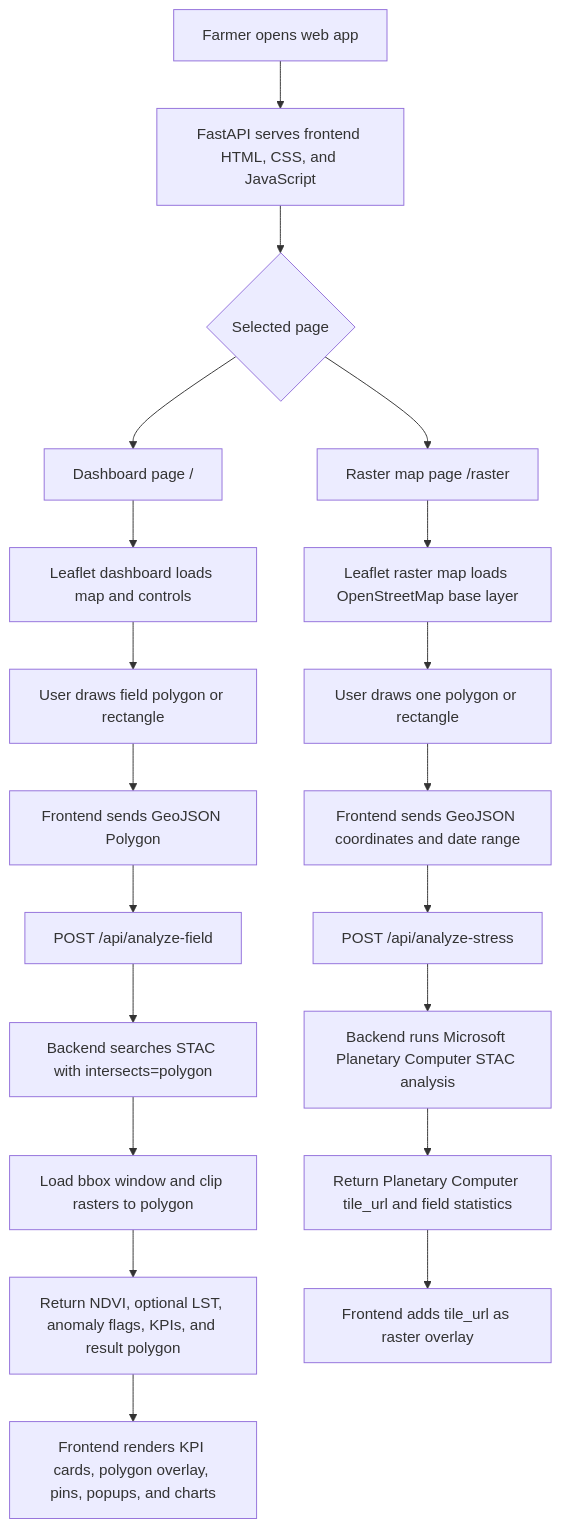
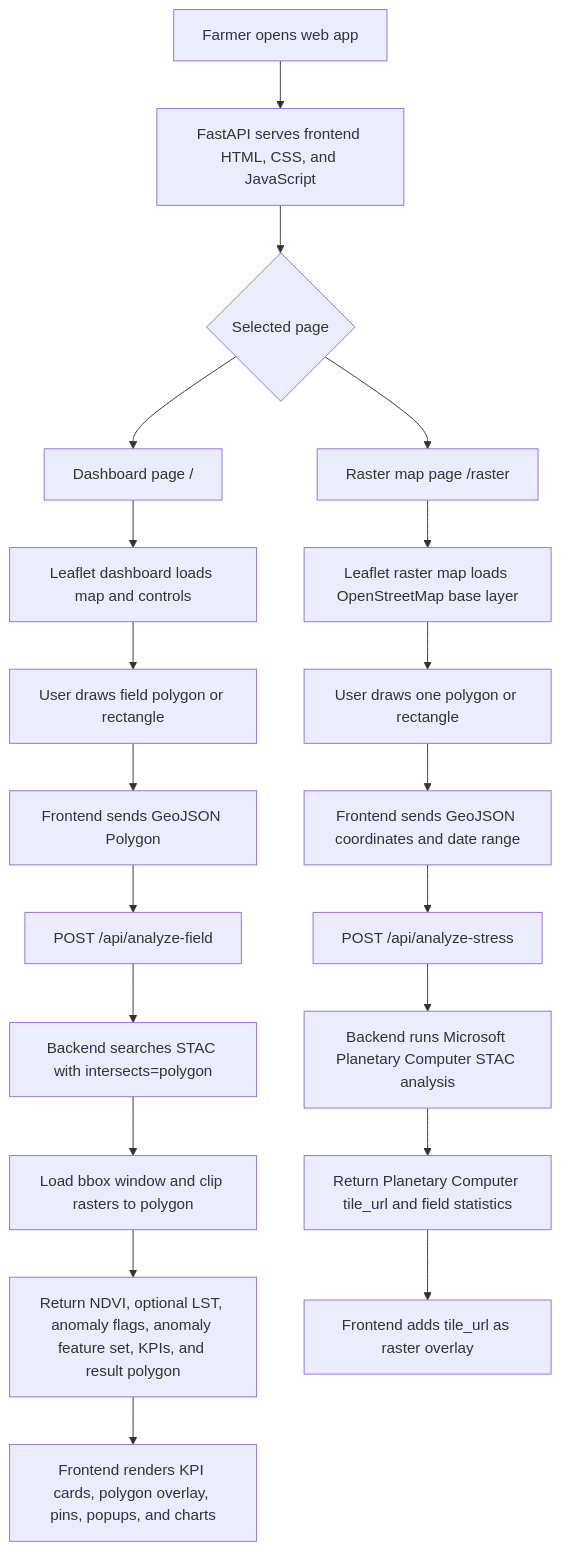
One commit to chinna5656/satellite-crop-planner changed the first of 6 diagrams in docs/web-processing-flowchart.md. Above: the diagram before and after it, drawn with Mermaid. The commit also changed other lines of this file and 6 other files, not shown here.

````diff
--- a/docs/web-processing-flowchart.md
+++ b/docs/web-processing-flowchart.md
@@ -7,24 +7,24 @@
 ```mermaid
 flowchart TD
     A["Farmer opens web app"] --> B["FastAPI serves frontend HTML, CSS, and JavaScript"]
     B --> C{"Selected page"}
     C --> D["Dashboard page /"]
     C --> E["Raster map page /raster"]
 
     D --> F["Leaflet dashboard loads map and controls"]
     F --> G["User draws field polygon or rectangle"]
     G --> H["Frontend sends GeoJSON Polygon"]
     H --> I["POST /api/analyze-field"]
     I --> J["Backend searches STAC with intersects=polygon"]
     J --> K["Load bbox window and clip rasters to polygon"]
-    K --> L["Return NDVI, optional LST, anomaly flags, KPIs, and result polygon"]
+    K --> L["Return NDVI, optional LST, anomaly flags, anomaly feature set, KPIs, and result polygon"]
     L --> M["Frontend renders KPI cards, polygon overlay, pins, popups, and charts"]
 
     E --> N["Leaflet raster map loads OpenStreetMap base layer"]
     N --> O["User draws one polygon or rectangle"]
     O --> P["Frontend sends GeoJSON coordinates and date range"]
     P --> Q["POST /api/analyze-stress"]
     Q --> R["Backend runs Microsoft Planetary Computer STAC analysis"]
     R --> S["Return Planetary Computer tile_url and field statistics"]
     S --> T["Frontend adds tile_url as raster overlay"]
 ```
````
